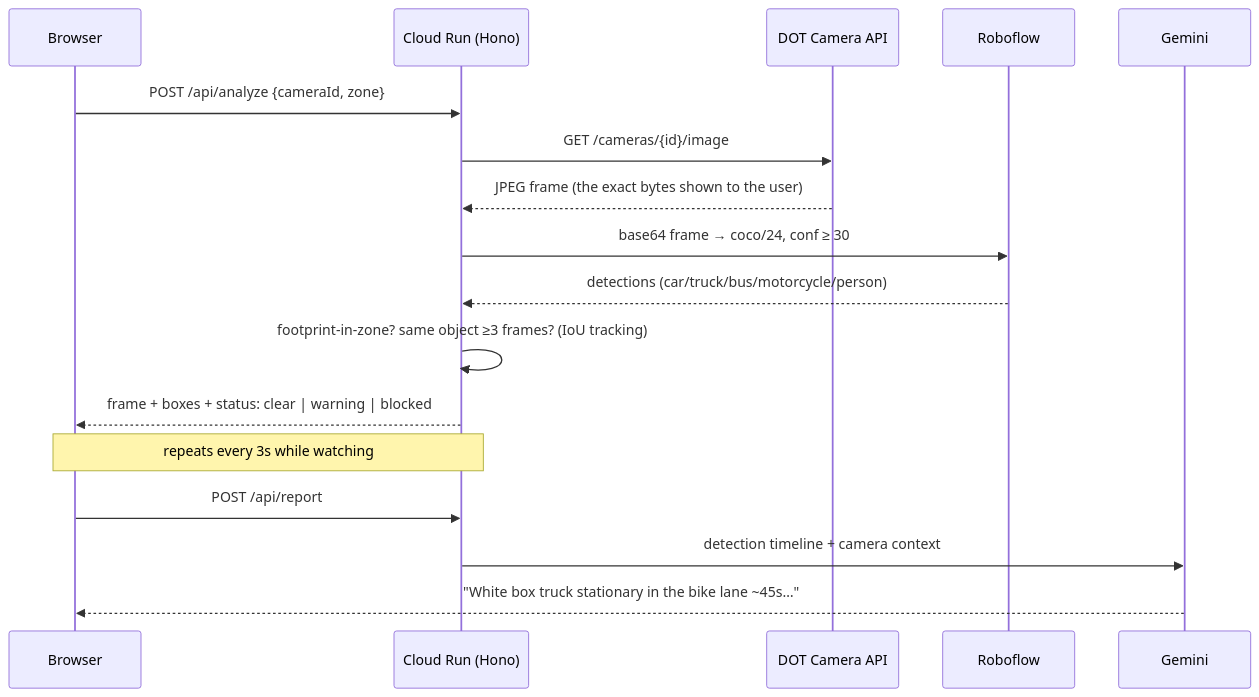
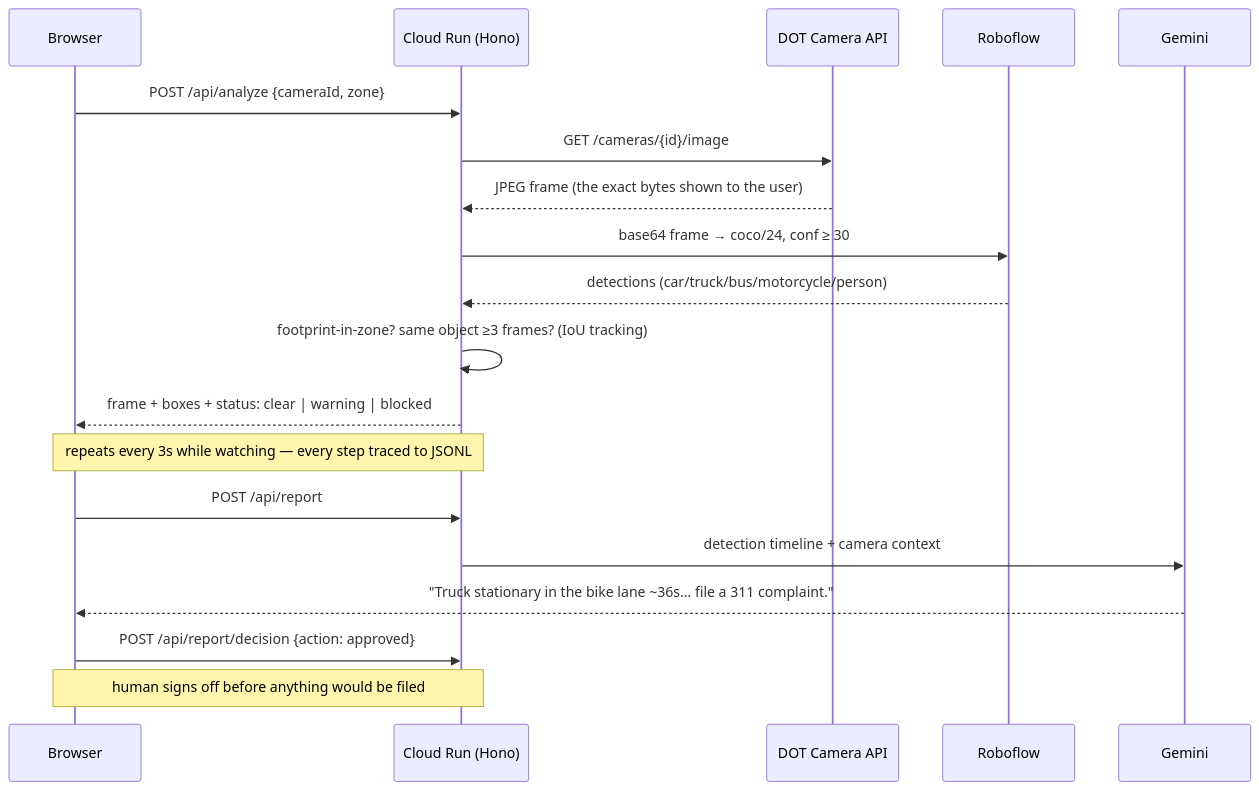
One commit to roshaninfordham/NYC-Vision-Hack-2026 changed the second of 2 diagrams in README.md. Above: the diagram before and after it, drawn with Mermaid. The commit also changed other lines of this file and 1 other file, not shown here.

````diff
--- a/README.md
+++ b/README.md
@@ -55,20 +78,22 @@
 ```mermaid
 sequenceDiagram
     participant B as Browser
     participant S as Cloud Run (Hono)
     participant D as DOT Camera API
     participant R as Roboflow
     participant G as Gemini
 
     B->>S: POST /api/analyze {cameraId, zone}
     S->>D: GET /cameras/{id}/image
     D-->>S: JPEG frame (the exact bytes shown to the user)
     S->>R: base64 frame → coco/24, conf ≥ 30
     R-->>S: detections (car/truck/bus/motorcycle/person)
     S->>S: footprint-in-zone? same object ≥3 frames? (IoU tracking)
     S-->>B: frame + boxes + status: clear | warning | blocked
-    Note over B,S: repeats every 3s while watching
+    Note over B,S: repeats every 3s while watching — every step traced to JSONL
     B->>S: POST /api/report
     S->>G: detection timeline + camera context
-    G-->>B: "White box truck stationary in the bike lane ~45s…"
+    G-->>B: "Truck stationary in the bike lane ~36s… file a 311 complaint."
+    B->>S: POST /api/report/decision {action: approved}
+    Note over B,S: human signs off before anything would be filed
 ```
````
